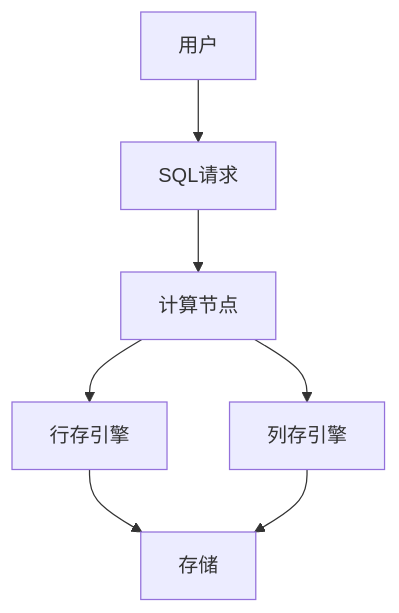
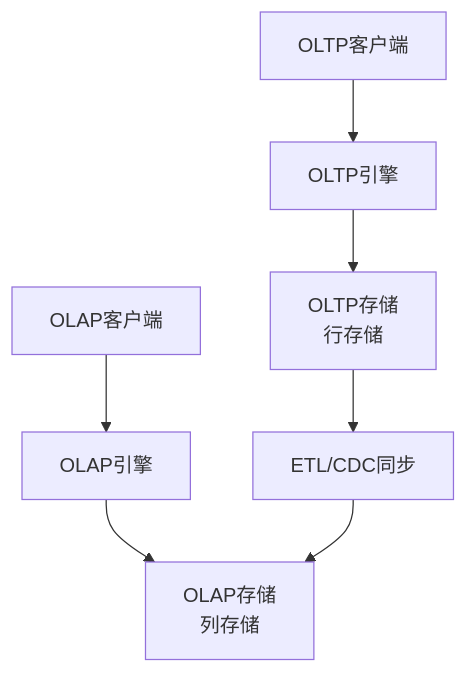
Before and after one commit to AdaMartin18010/Data-Science: the second of 5 diagrams in Analysis/1-数据库系统/1.4-NewSQL/1.4.5-OLAP_OLTP融合.md, drawn with Mermaid. The commit also changed other lines of this file and 338 other files, not shown here.

````diff
--- a/Analysis/1-数据库系统/1.4-NewSQL/1.4.5-OLAP_OLTP融合.md
+++ b/Analysis/1-数据库系统/1.4-NewSQL/1.4.5-OLAP_OLTP融合.md
@@ -20,8 +258,11 @@
 ```mermaid
-flowchart TD
-  U[用户] --> Q[SQL请求] --> CN[计算节点]
-  CN --> OLTP[行存引擎]
-  CN --> OLAP[列存引擎]
-  OLTP --> S[存储]
-  OLAP --> S
+graph TB
+    Client1[OLTP客户端] --> OLTPEngine[OLTP引擎]
+    Client2[OLAP客户端] --> OLAPEngine[OLAP引擎]
+
+    OLTPEngine --> OLTPStorage[OLTP存储<br/>行存储]
+    OLAPEngine --> OLAPStorage[OLAP存储<br/>列存储]
+
+    OLTPStorage --> ETL[ETL/CDC同步]
+    ETL --> OLAPStorage
 ```
````
